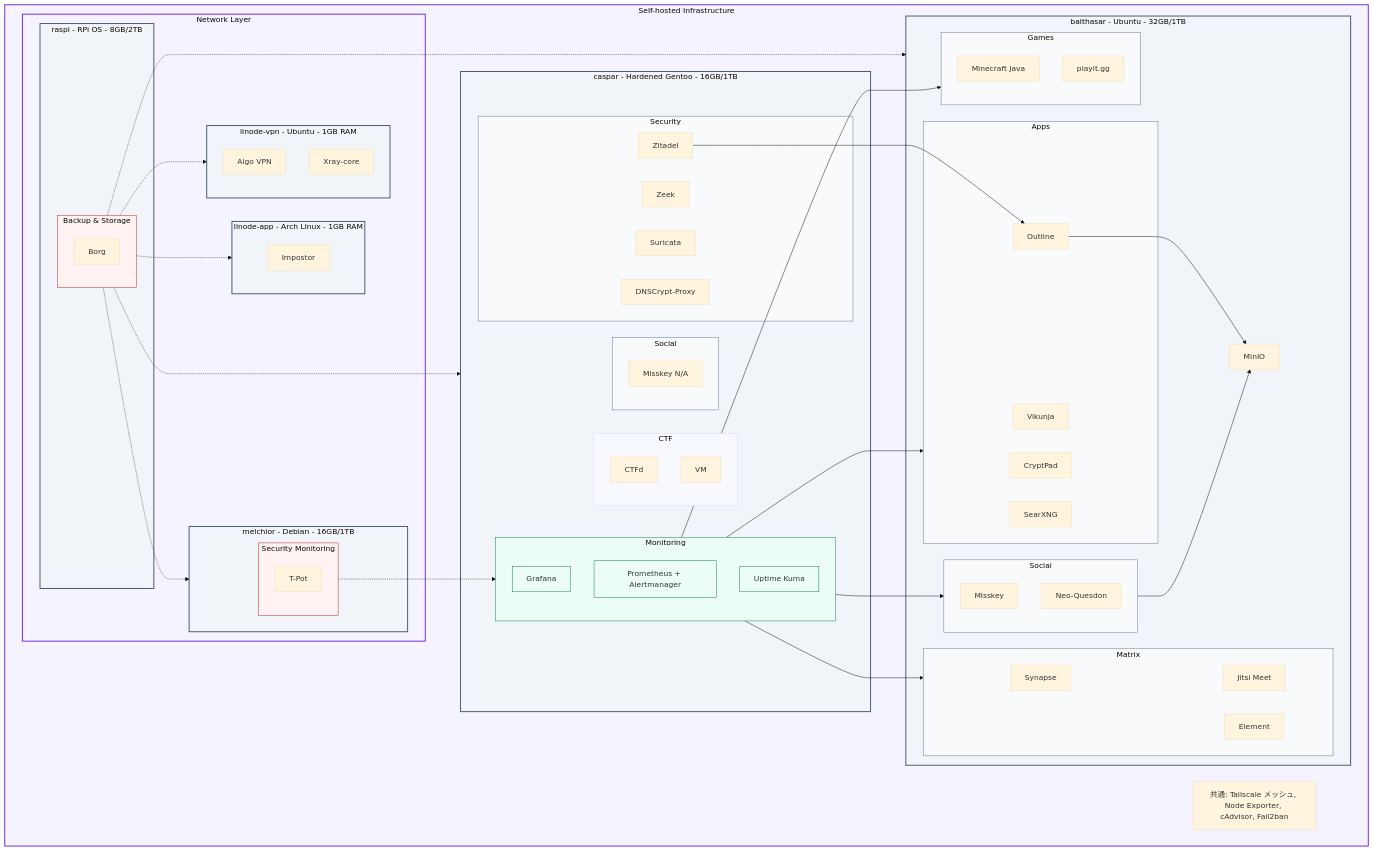
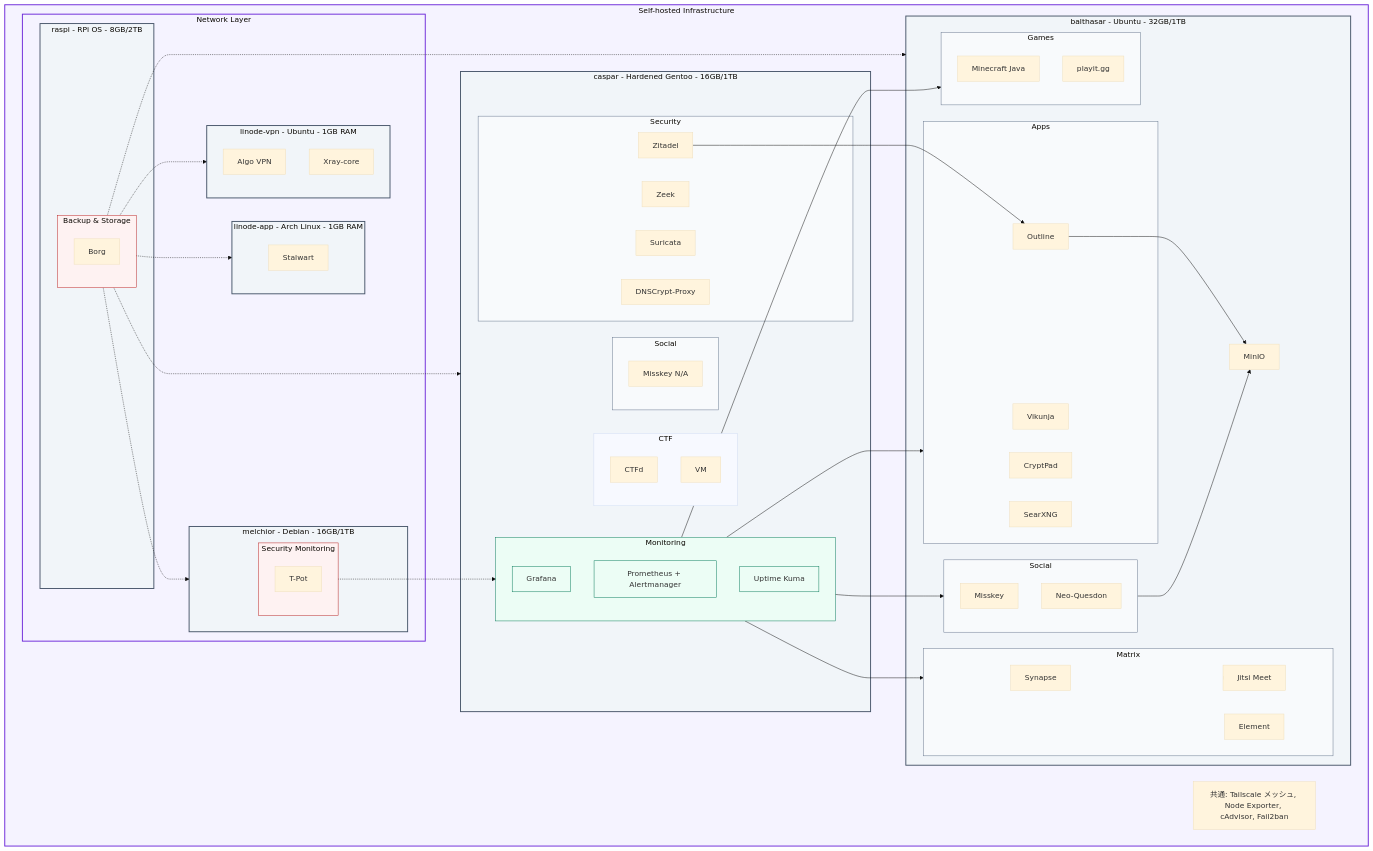
Before and after one commit to yamisskey-dev/hosted-list: the diagram in README.md, drawn with Mermaid (base theme).

```diff
--- a/README.md
+++ b/README.md
@@ -17,7 +17,7 @@
         end
         
         subgraph linode_app["linode-app - Arch Linux - 1GB RAM"]
-            impostor[Impostor]
+            stalwart[Stalwart]
         end
         
         subgraph raspi[raspi - RPi OS - 8GB/2TB]
```
